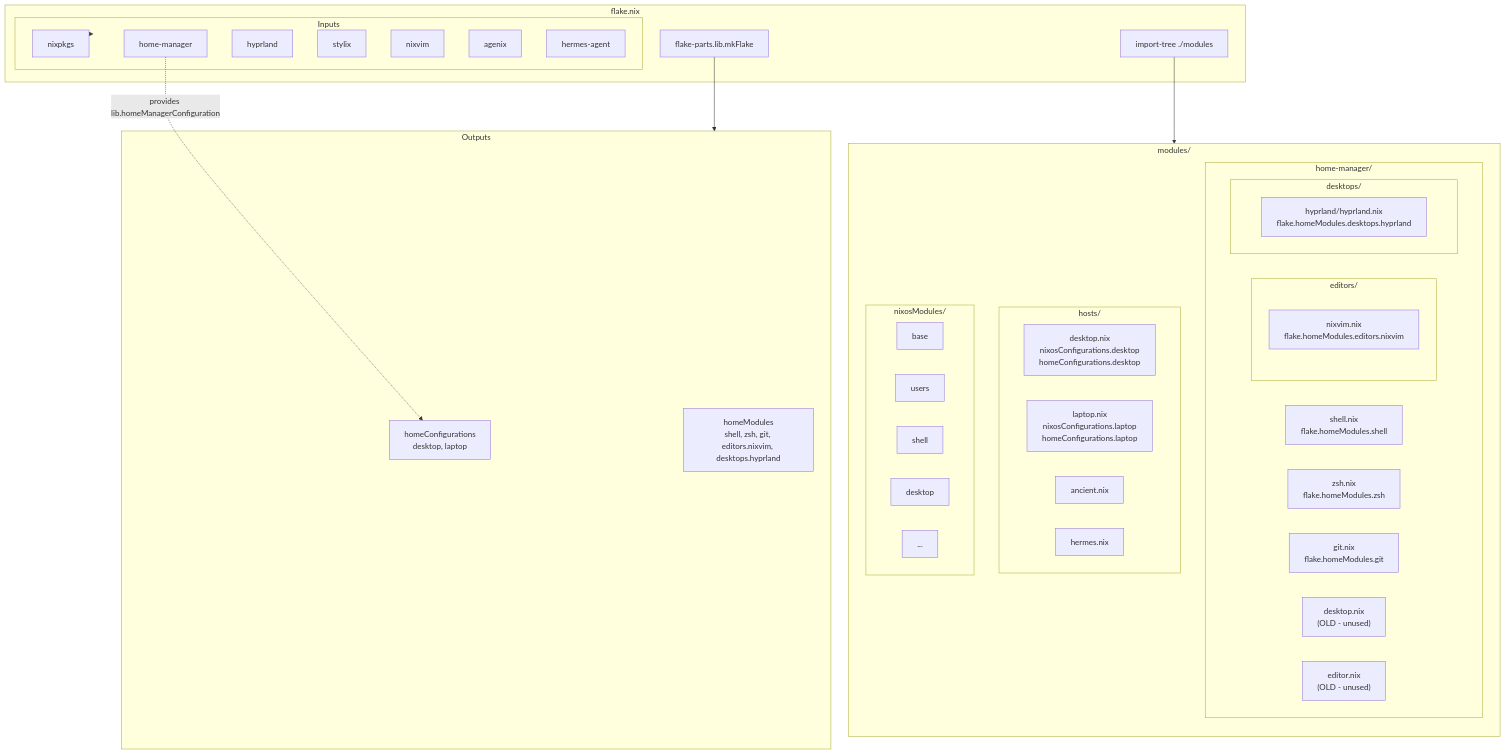
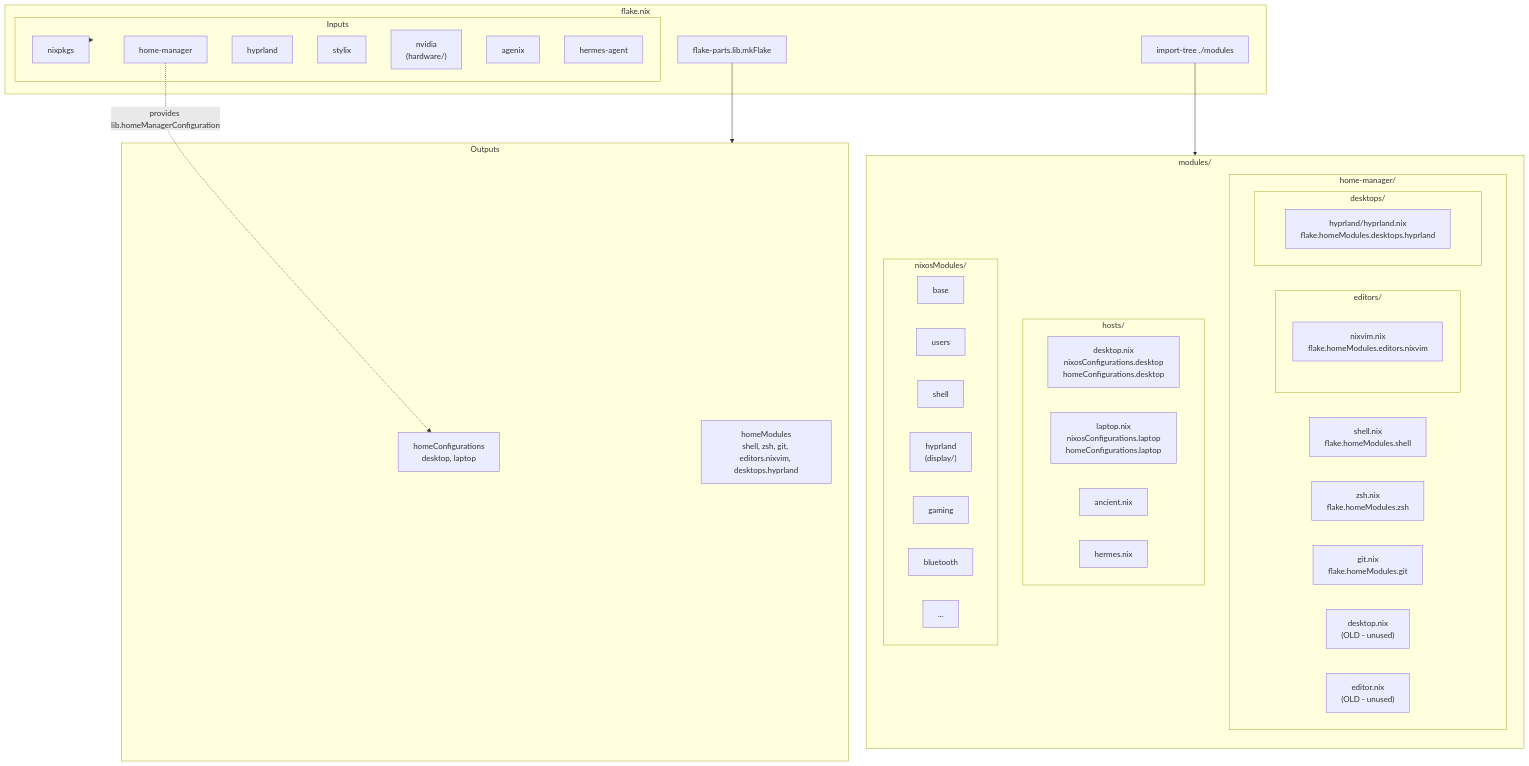
Before and after one commit to mxapd/nixos: the first of 3 diagrams in docs/architecture.md, drawn with Mermaid. The commit also changed other lines of this file, not shown here.

First line of the commit message:
docs(architecture): update diagrams for new module structure

````diff
--- a/docs/architecture.md
+++ b/docs/architecture.md
@@ -1,66 +1,69 @@
 ```mermaid
 flowchart TB
     subgraph Flake["flake.nix"]
         Inputs
         FP["flake-parts.lib.mkFlake"]
         IT["import-tree ./modules"]
     end
 
     subgraph Inputs["Inputs"]
         NK["nixpkgs"]
         HM["home-manager"]
         HP["hyprland"]
         ST["stylix"]
         NV["nixvim"]
         AG["agenix"]
         HA["hermes-agent"]
     end
 
     subgraph Modules["modules/"]
         direction TB
         
         subgraph HomeManager["home-manager/"]
             SH["shell.nix<br/>flake.homeModules.shell"]
             ZS["zsh.nix<br/>flake.homeModules.zsh"]
             GT["git.nix<br/>flake.homeModules.git"]
             
             subgraph Editors["editors/"]
                 NVX["nixvim.nix<br/>flake.homeModules.editors.nixvim"]
             end
             
             subgraph Desktops["desktops/"]
                 HY["hyprland/hyprland.nix<br/>flake.homeModules.desktops.hyprland"]
             end
             
             OLD1["desktop.nix<br/>(OLD - unused)"]
             OLD2["editor.nix<br/>(OLD - unused)"]
         end
         
         subgraph Hosts["hosts/"]
             DT["desktop.nix<br/>nixosConfigurations.desktop<br/>homeConfigurations.desktop"]
             LP["laptop.nix<br/>nixosConfigurations.laptop<br/>homeConfigurations.laptop"]
             AN["ancient.nix"]
             HR["hermes.nix"]
         end
         
         subgraph NixOS["nixosModules/"]
             NB["base"]
             US["users"]
             SD["shell"]
-            DTN["desktop"]
+            HYPR["hyprland<br/>(display/)"]
+            GM["gaming"]
+            NV["nvidia<br/>(hardware/)"]
+            BT["bluetooth"]
             etc[...]
         end
     end
 
     subgraph Outputs["Outputs"]
         NixOS["nixosConfigurations<br/>desktop, laptop, ancient, hermes"]
         HomeConf["homeConfigurations<br/>desktop, laptop"]
         HomeMod["homeModules<br/>shell, zsh, git, editors.nixvim, desktops.hyprland"]
     end
 
     Inputs --> Flake
     IT --> Modules
     FP --> Outputs
     
     HM -.->|provides lib.homeManagerConfiguration| HomeConf
 ```
````
